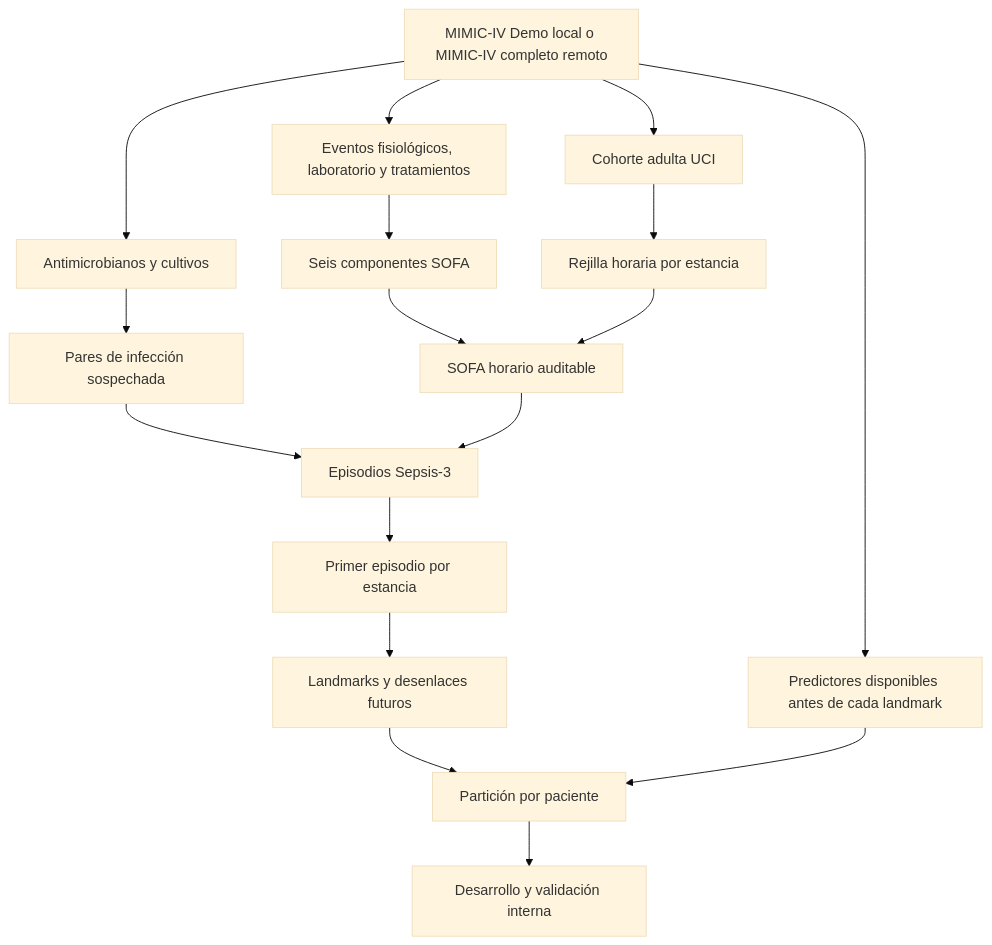
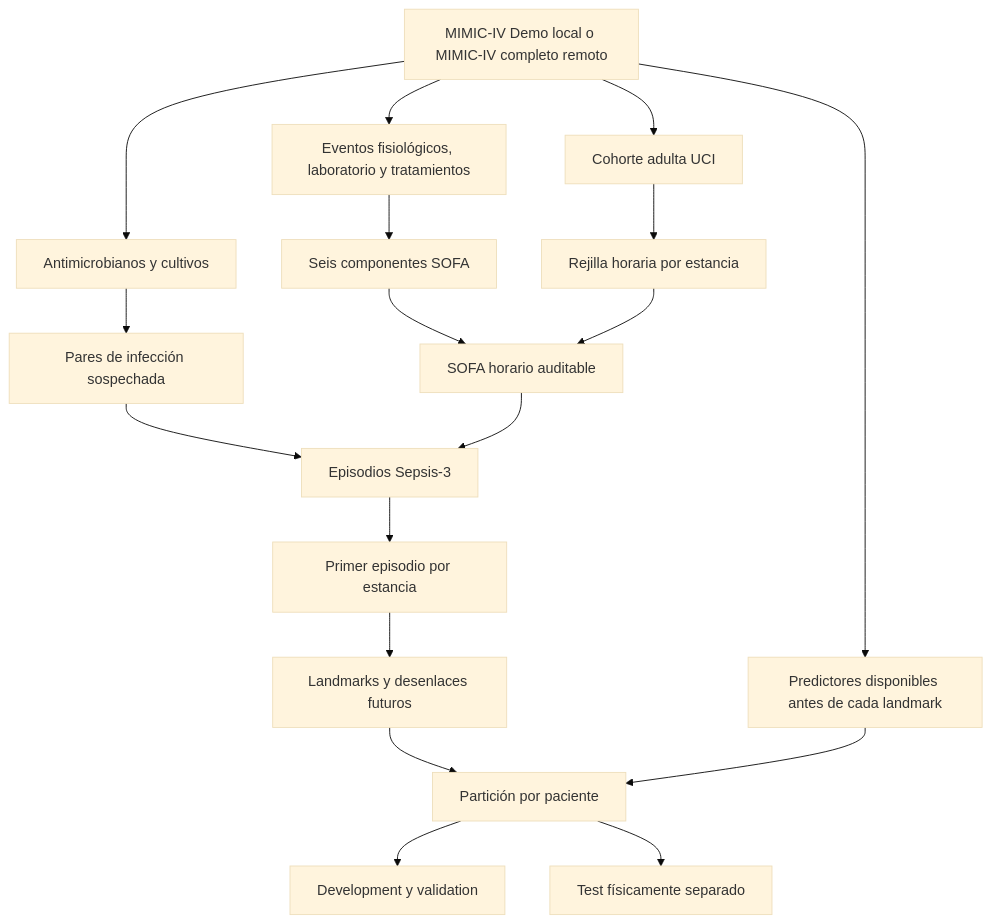
Before and after one commit to aylagasd/semicyuc-mimic-sepsis-model: the diagram in docs/project_guide.md, drawn with Mermaid (base theme). The commit also changed other lines of this file and 21 other files, not shown here.

````diff
--- a/docs/project_guide.md
+++ b/docs/project_guide.md
@@ -118,19 +119,20 @@
 ```mermaid
 flowchart TD
     A[MIMIC-IV Demo local o MIMIC-IV completo remoto] --> B[Cohorte adulta UCI]
     A --> C[Antimicrobianos y cultivos]
     A --> D[Eventos fisiológicos, laboratorio y tratamientos]
     C --> E[Pares de infección sospechada]
     D --> F[Seis componentes SOFA]
     B --> G[Rejilla horaria por estancia]
     F --> H[SOFA horario auditable]
     G --> H
     E --> I[Episodios Sepsis-3]
     H --> I
     I --> J[Primer episodio por estancia]
     J --> K[Landmarks y desenlaces futuros]
     A --> L[Predictores disponibles antes de cada landmark]
     K --> M[Partición por paciente]
     L --> M
-    M --> N[Desarrollo y validación interna]
+    M --> N[Development y validation]
+    M --> O[Test físicamente separado]
 ```
````
